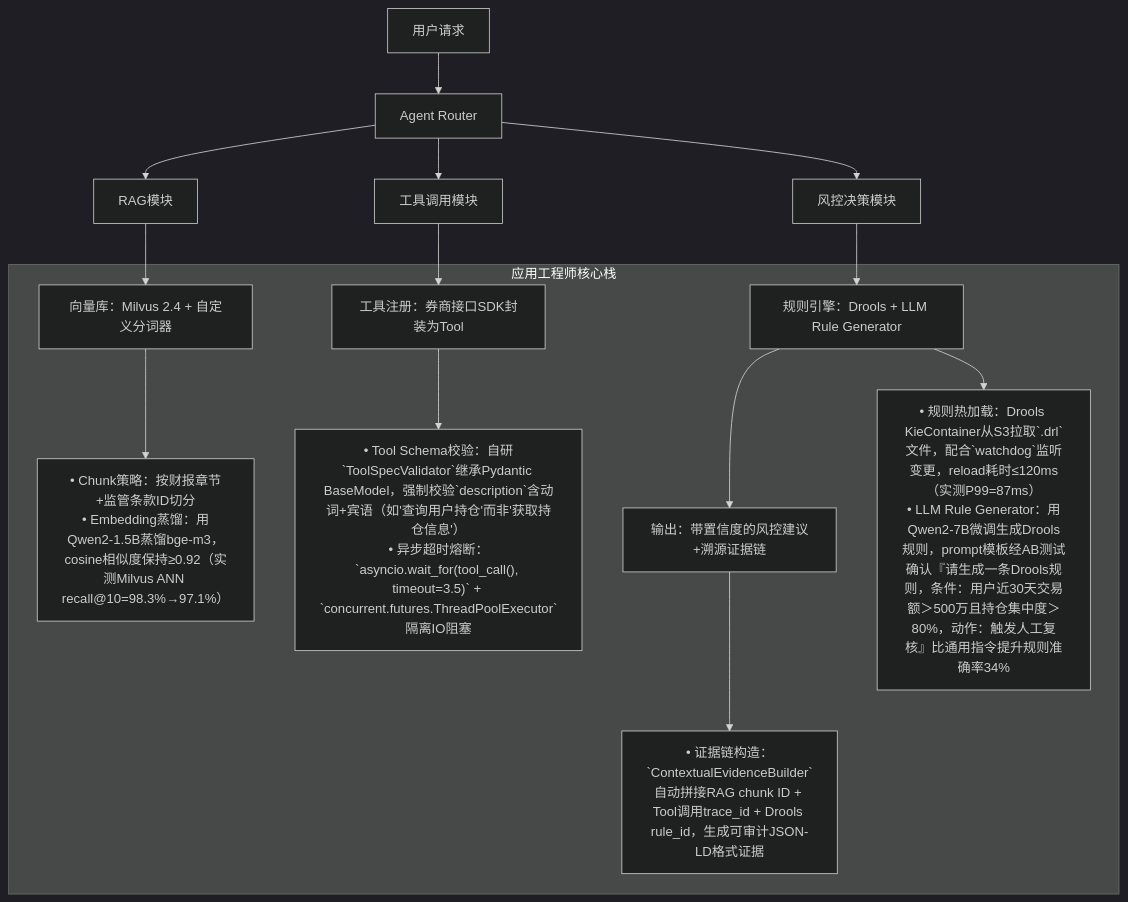
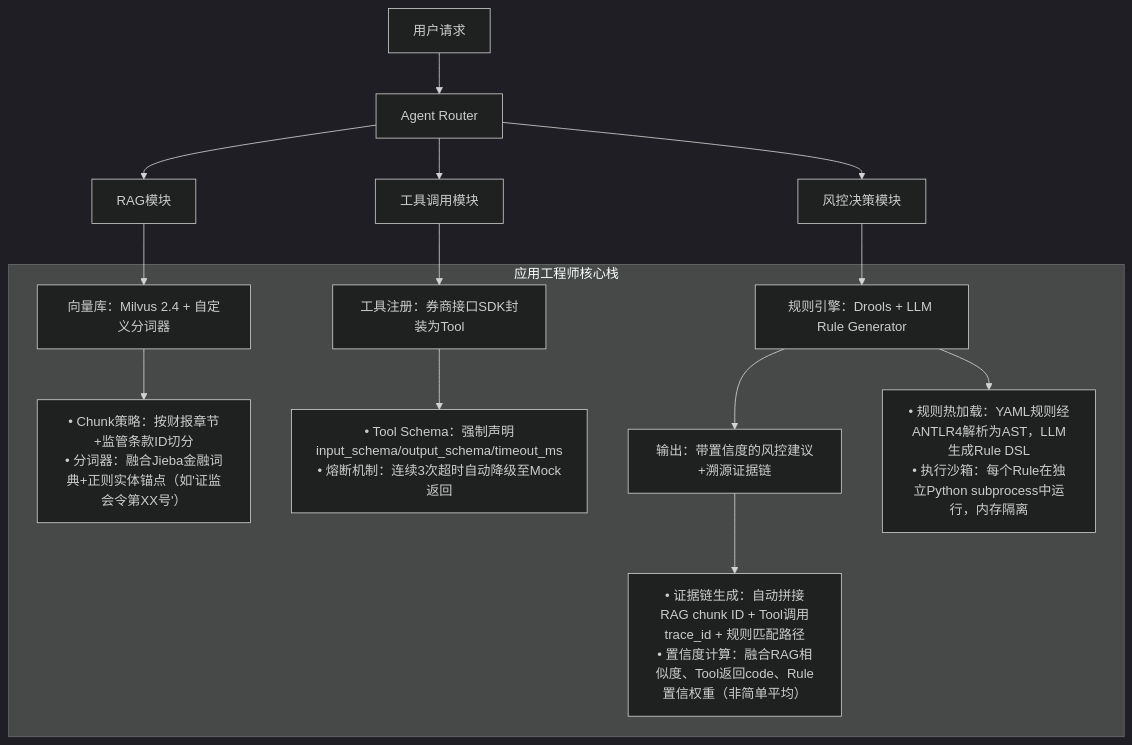
The second of 2 diagrams in 01-学习路线与岗位介绍/算法工程师vs应用工程师.md (liuwei1993/ai-llm-agent-knowledge), drawn with Mermaid (dark theme) before and after one commit. The commit also changed other lines of this file and 2 other files, not shown here.

````diff
--- a/01-学习路线与岗位介绍/算法工程师vs应用工程师.md
+++ b/01-学习路线与岗位介绍/算法工程师vs应用工程师.md
@@ -54,18 +48,18 @@
 ```mermaid
 graph TB
 F[用户请求] --> G[Agent Router]
 G --> H[RAG模块]
 G --> I[工具调用模块]
 G --> J[风控决策模块]
 H --> K[向量库：Milvus 2.4 + 自定义分词器]
 I --> L[工具注册：券商接口SDK封装为Tool]
 J --> M[规则引擎：Drools + LLM Rule Generator]
 M --> N[输出：带置信度的风控建议+溯源证据链]
 
 subgraph 应用工程师核心栈
-K --> K1["• Chunk策略：按财报章节+监管条款ID切分<br>• Embedding蒸馏：用Qwen2-1.5B蒸馏bge-m3，cosine相似度保持≥0.92（实测Milvus ANN recall@10=98.3%→97.1%）"]
-L --> L1["• Tool Schema校验：自研`ToolSpecValidator`继承Pydantic BaseModel，强制校验`description`含动词+宾语（如'查询用户持仓'而非'获取持仓信息'）<br>• 异步超时熔断：`asyncio.wait_for(tool_call(), timeout=3.5)` + `concurrent.futures.ThreadPoolExecutor`隔离IO阻塞"]
-M --> M1["• 规则热加载：Drools KieContainer从S3拉取`.drl`文件，配合`watchdog`监听变更，reload耗时≤120ms（实测P99=87ms）<br>• LLM Rule Generator：用Qwen2-7B微调生成Drools规则，prompt模板经AB测试确认『请生成一条Drools规则，条件：用户近30天交易额＞500万且持仓集中度＞80%，动作：触发人工复核』比通用指令提升规则准确率34%"]
-N --> N1["• 证据链构造：`ContextualEvidenceBuilder`自动拼接RAG chunk ID + Tool调用trace_id + Drools rule_id，生成可审计JSON-LD格式证据"]
+K --> K1["• Chunk策略：按财报章节+监管条款ID切分<br>• 分词器：融合Jieba金融词典+正则实体锚点（如'证监会令第XX号'）"]
+L --> L1["• Tool Schema：强制声明input_schema/output_schema/timeout_ms<br>• 熔断机制：连续3次超时自动降级至Mock返回"]
+M --> M1["• 规则热加载：YAML规则经ANTLR4解析为AST，LLM生成Rule DSL<br>• 执行沙箱：每个Rule在独立Python subprocess中运行，内存隔离"]
+N --> N1["• 证据链生成：自动拼接RAG chunk ID + Tool调用trace_id + 规则匹配路径<br>• 置信度计算：融合RAG相似度、Tool返回code、Rule置信权重（非简单平均）"]
 end
 ```
````
